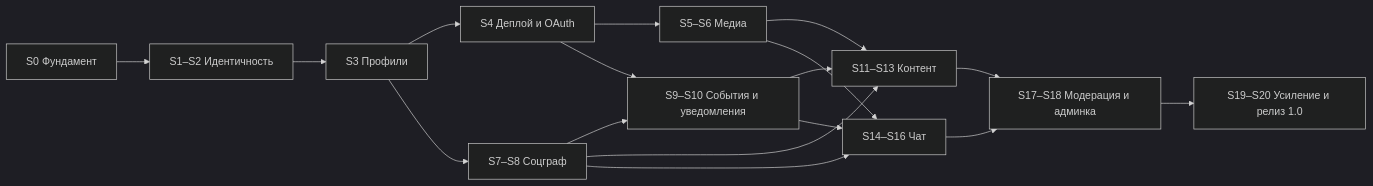
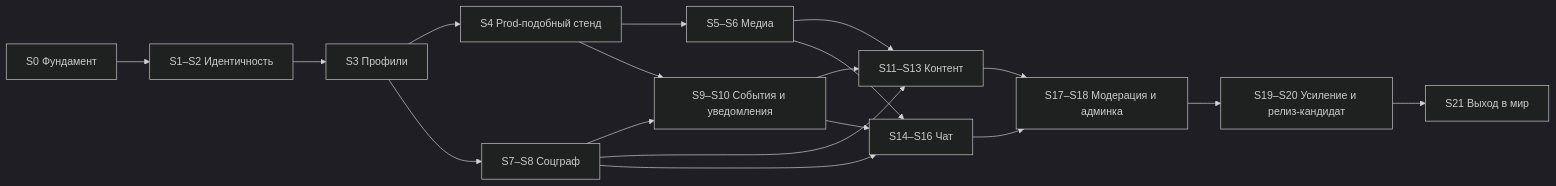
One commit to sensssey/messunjerr changed the diagram in docs/backend-v2-sprints.md. Above: the diagram before and after it, drawn with Mermaid (dark theme). The commit also changed other lines of this file and 77 other files, not shown here.

````diff
--- a/docs/backend-v2-sprints.md
+++ b/docs/backend-v2-sprints.md
@@ -227,19 +233,20 @@
 ```mermaid
 flowchart LR
     E0["S0 Фундамент"] --> E1["S1–S2 Идентичность"]
     E1 --> E2["S3 Профили"]
-    E2 --> E3["S4 Деплой и OAuth"]
+    E2 --> E3["S4 Prod-подобный стенд"]
     E3 --> E4["S5–S6 Медиа"]
     E2 --> E5["S7–S8 Соцграф"]
     E3 --> E6["S9–S10 События и уведомления"]
     E5 --> E6
     E4 --> E7["S11–S13 Контент"]
     E5 --> E7
     E6 --> E7
     E4 --> E8["S14–S16 Чат"]
     E5 --> E8
     E6 --> E8
     E7 --> E9["S17–S18 Модерация и админка"]
     E8 --> E9
-    E9 --> E10["S19–S20 Усиление и релиз 1.0"]
+    E9 --> E10["S19–S20 Усиление и релиз-кандидат"]
+    E10 --> E11["S21 Выход в мир"]
 ```
````
